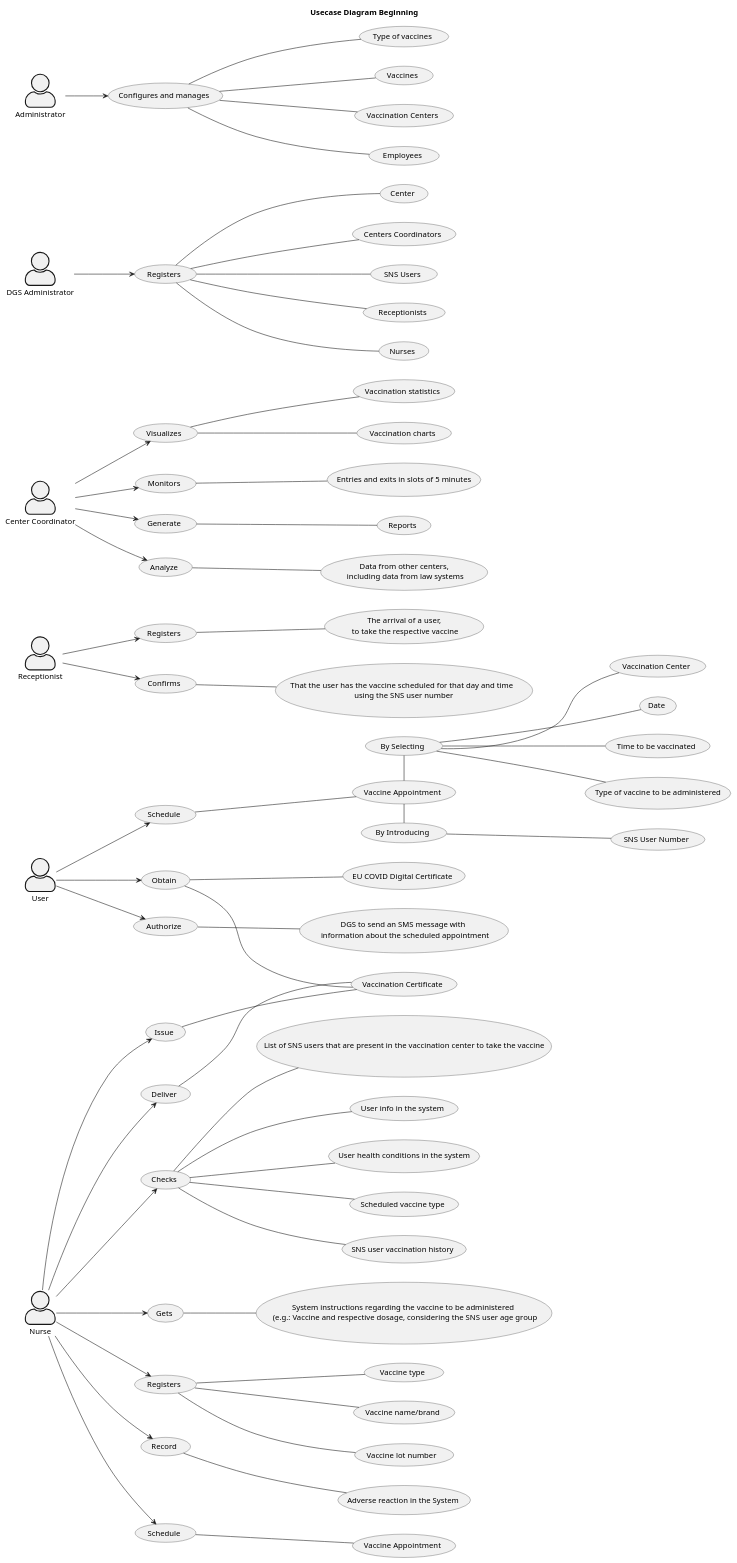
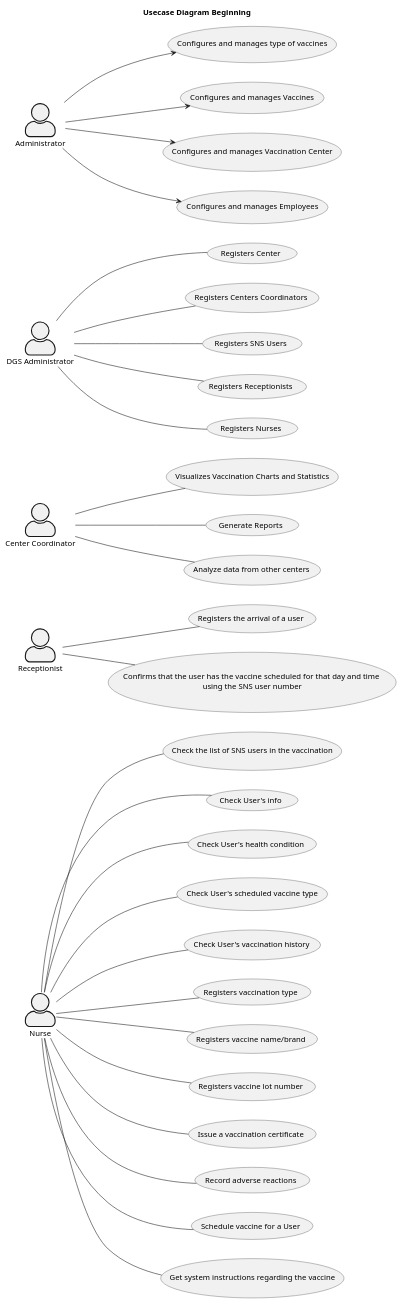
The diagram in docs/SprintA/UCD.puml (Pirussa/lei-22-s2-1da-g02), drawn with PlantUML before and after one commit. The commit also changed 17 other files, not shown here.

Commit message:
Use Case Diagram rework, Yet once again... - Need to add the user to be finished. Removing all the unnecessary extra files.

```diff
--- a/docs/SprintA/UCD.puml
+++ b/docs/SprintA/UCD.puml
@@ -1,141 +1,99 @@
 @startuml
 'https://plantuml.com/use-case-diagram
 '!pragma layout smetana
 
 left to right direction
 title Usecase Diagram Beginning
 skinparam actorStyle awesome
 skinparam titleBorderRoundCorner 15
 skinparam titleBorderThickness 2
 
-'Receptionist
-Usecase UC14 as "Registers"
-UC14 -d- (The arrival of a user,\n to take the respective vaccine)
 
-Usecase UC15 as "Confirms"
-UC15 -d- (That the user has the vaccine scheduled for that day and time \n using the SNS user number)
+
+'**********Nurse*************
+Usecase UC13 as "Check the list of SNS users in the vaccination"
+Usecase UC14 as "Check User's info"
+Usecase UC15 as "Check User's health condition"
+Usecase UC16 as "Check User's scheduled vaccine type"
+Usecase UC17 as "Check User's vaccination history"
+Usecase UC18 as "Registers vaccination type"
+Usecase UC19 as "Registers vaccine name/brand"
+Usecase UC20 as "Registers vaccine lot number"
+Usecase UC21 as "Issue a vaccination certificate"
+Usecase UC22 as "Record adverse reactions"
+Usecase UC23 as "Schedule vaccine for a User"
+Usecase UC24 as "Get system instructions regarding the vaccine"
+
+:Nurse: as N
+N -d- UC13
+N -d- UC14
+N -d- UC15
+N -d- UC16
+N -d- UC17
+N -d- UC18
+N -d- UC19
+N -d- UC20
+N -d- UC21
+N -d- UC22
+N -d- UC23
+N -d- UC24
 
 
 
-'Centre Coordinator
-Usecase UC3 as "Visualizes"
-UC3 -d- (Vaccination statistics)
-UC3 -d- (Vaccination charts)
+'**********Recepcionist*************
+Usecase UC25 as "Registers the arrival of a user"
+Usecase UC26 as "Confirms that the user has the vaccine scheduled for that day and time \n using the SNS user number "
 
-Usecase UC4 as "Monitors"
-UC4 -d- (Entries and exits in slots of 5 minutes)
-
-Usecase UC5 as "Generate"
-UC5 -d- (Reports)
-
-Usecase UC6 as "Analyze"
-UC6 -d- (Data from other centers,\n including data from law systems)
+:Receptionist: as R
+R -d- UC25
+R -d- UC26
 
 
 
-'DGS Administrator
-'UC1
-Usecase UC2 as "Registers"
-UC2 -d- (Center)
-UC2 -d- (Centers Coordinators)
-UC2 -d- (SNS Users)
-UC2 -d- (Receptionists)
-UC2 -d- (Nurses)
+'**********Center Coordinator*************
+Usecase UC10 as "Visualizes Vaccination Charts and Statistics"
+Usecase UC11 as "Generate Reports"
+Usecase UC12 as "Analyze data from other centers"
+
+:Center Coordinator: as CC
+CC -d- UC10
+CC -d- UC11
+CC -d- UC12
 
 
 
-'Administrator
-'UC2
-Usecase UC1 as "Configures and manages"
-UC1 -d- (Type of vaccines)
-UC1 -d- (Vaccines)
-UC1 -d- (Vaccination Centers)
-UC1 -d- (Employees)
+'**********DGS ADMINISTRATOR************
+Usecase UC5 as "Registers Center"
+Usecase UC6 as "Registers Centers Coordinators"
+Usecase UC7 as "Registers SNS Users"
+Usecase UC8 as "Registers Receptionists"
+Usecase UC9 as "Registers Nurses"
 
-
-'User
-Usecase UC16 as "Schedule"
-(By Introducing) as B
-(Vaccine Appointment) as V
-UC16 -d- V
-V -r- B
-(By Selecting) as Bs
-V -l- Bs
-Bs -d- (Vaccination Center)
-Bs -d- (Date)
-Bs -d- (Time to be vaccinated)
-Bs -d- (Type of vaccine to be administered)
-B -d- (SNS User Number)
-
-Usecase UC17 as "Obtain"
-UC17 -d- (Vaccination Certificate)
-UC17 -d- (EU COVID Digital Certificate)
-
-Usecase UC18 as "Authorize"
-UC18 -d- (DGS to send an SMS message with \n information about the scheduled appointment)
+:DGS Administrator: as D
+D -d- UC5
+D -d- UC6
+D -d- UC7
+D -d- UC8
+D -d- UC9
 
 
 
-'Nurse
-Usecase UC7 as "Issue"
-UC7 -d- (Vaccination Certificate)
-Usecase UC8 as "Deliver"
-UC8 -d- (Vaccination Certificate)
+'**********ADMINISTRATOR*************
+Usecase UC1 as "Configures and manages type of vaccines"
+Usecase UC2 as "Configures and manages Vaccines"
+Usecase UC3 as "Configures and manages Vaccination Center"
+Usecase UC4 as "Configures and manages Employees"
 
-Usecase UC9 as "Checks"
-UC9 -d- (List of SNS users that are present in the vaccination center to take the vaccine)
-UC9 -d- (User info in the system)
-UC9 -d- (User health conditions in the system)
-UC9 -d- (Scheduled vaccine type)
-UC9 -d- (SNS user vaccination history)
-
-Usecase UC10 as "Gets"
-UC10 -d- (System instructions regarding the vaccine to be administered \n (e.g.: Vaccine and respective dosage, considering the SNS user age group)
-
-Usecase UC11 as "Registers"
-UC11 -d- (Vaccine type)
-UC11 -d- (Vaccine name/brand)
-UC11 -d- (Vaccine lot number )
-
-Usecase UC12 as "Record"
-UC12 -d- (Adverse reaction in the System)
-
-Usecase UC13 as "Schedule"
-UC13 -d- (Vaccine Appointment)
+:Administrator: as A
+A -d-> UC1
+A -d-> UC2
+A -d-> UC3
+A -d-> UC4
 
 
 
+'**********User*************
 
-:Center Coordinator: as CC
- CC -d-> UC3
- CC -d-> UC4
- CC -d-> UC5
- CC -d-> UC6
-
-:Administrator: -d-> UC1
-:DGS Administrator: -d-> UC2
-
-
- 'Nurse
- :Nurse: as N
-N -d-> UC7
-N -d-> UC8
-N -d-> UC9
-N -d-> UC10
-N -d-> UC11
-N -d-> UC12
-N -d-> UC13
-
-'Receptionist
-:Receptionist: as R
-R -d-> UC14
-R -d-> UC15
-
-'User
-:User: as U
-U -d-> UC16
-U -d-> UC17
-U -d-> UC18
 
 
 @enduml
```
